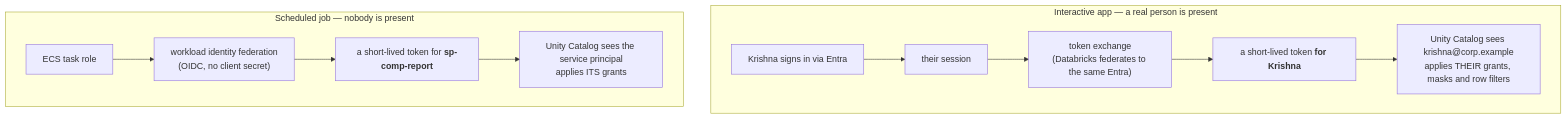
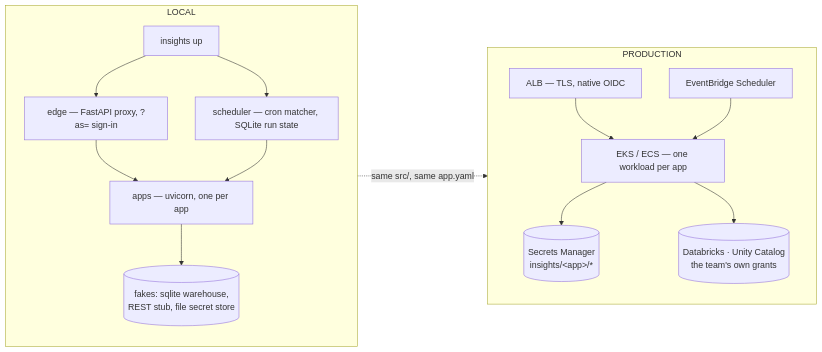
One commit to KRISHNABR/insights-platform changed the third of 3 diagrams in docs/ARCHITECTURE.md. Above: the diagram before and after it, drawn with Mermaid. The commit also changed other lines of this file and 8 other files, not shown here.

````diff
--- a/docs/ARCHITECTURE.md
+++ b/docs/ARCHITECTURE.md
@@ -494,14 +461,27 @@
 ```mermaid
-flowchart TB
-  subgraph I["Interactive app — a real person is present"]
-    U["Krishna signs in via Entra"] --> S["their session"]
-    S --> TE["token exchange<br/>(Databricks federates to the same Entra)"]
-    TE --> UT["a short-lived token <b>for Krishna</b>"]
-    UT --> UC1["Unity Catalog sees krishna@corp.example<br/>applies THEIR grants, masks and row filters"]
+flowchart LR
+  subgraph L["LOCAL"]
+    direction TB
+    L1["insights up"]
+    L2["edge — FastAPI proxy, ?as= sign-in"]
+    L3["apps — uvicorn, one per app"]
+    L4["scheduler — cron matcher, SQLite run state"]
+    L5[("fakes: sqlite warehouse,<br/>REST stub, file secret store")]
+    L1 --> L2 --> L3 --> L5
+    L1 --> L4 --> L3
   end
-  subgraph J["Scheduled job — nobody is present"]
-    TR["ECS task role"] --> WIF["workload identity federation<br/>(OIDC, no client secret)"]
-    WIF --> ST["a short-lived token for <b>sp-comp-report</b>"]
-    ST --> UC2["Unity Catalog sees the service principal<br/>applies ITS grants"]
+
+  subgraph P["PRODUCTION"]
+    direction TB
+    P1["ALB — TLS, native OIDC"]
+    P2["EKS / ECS — one workload per app"]
+    P3["EventBridge Scheduler"]
+    P4[("Secrets Manager<br/>insights/&lt;app&gt;/*")]
+    P5[("Databricks · Unity Catalog<br/>the team's own grants")]
+    P1 --> P2 --> P4
+    P2 --> P5
+    P3 --> P2
   end
+
+  L -.->|"same src/, same app.yaml"| P
 ```
````
